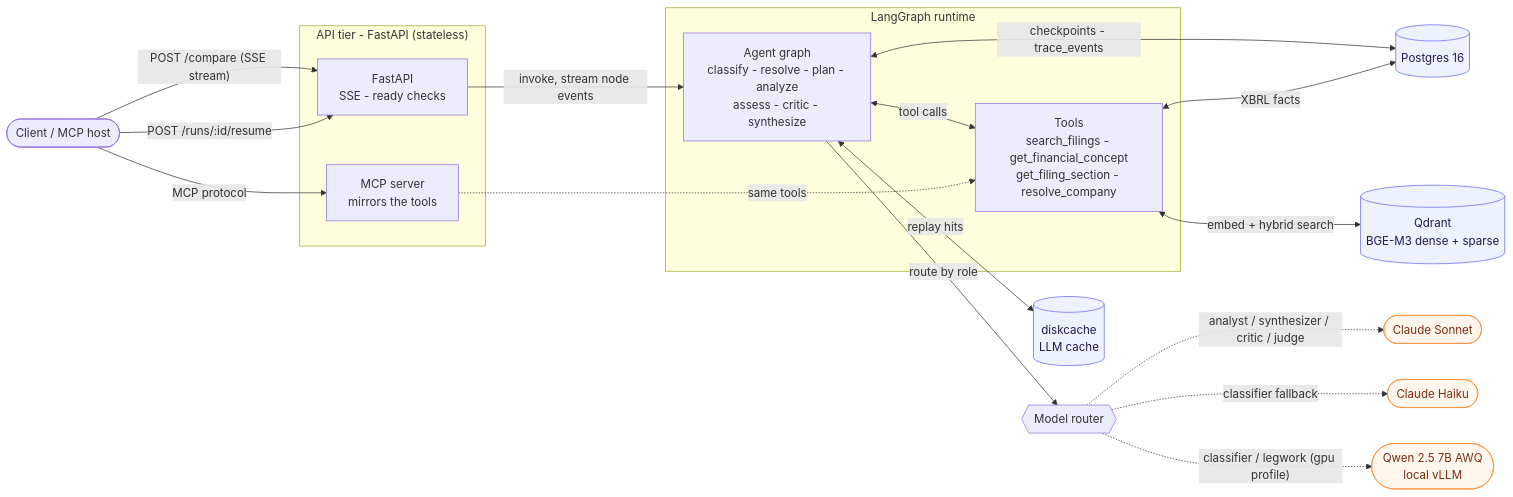
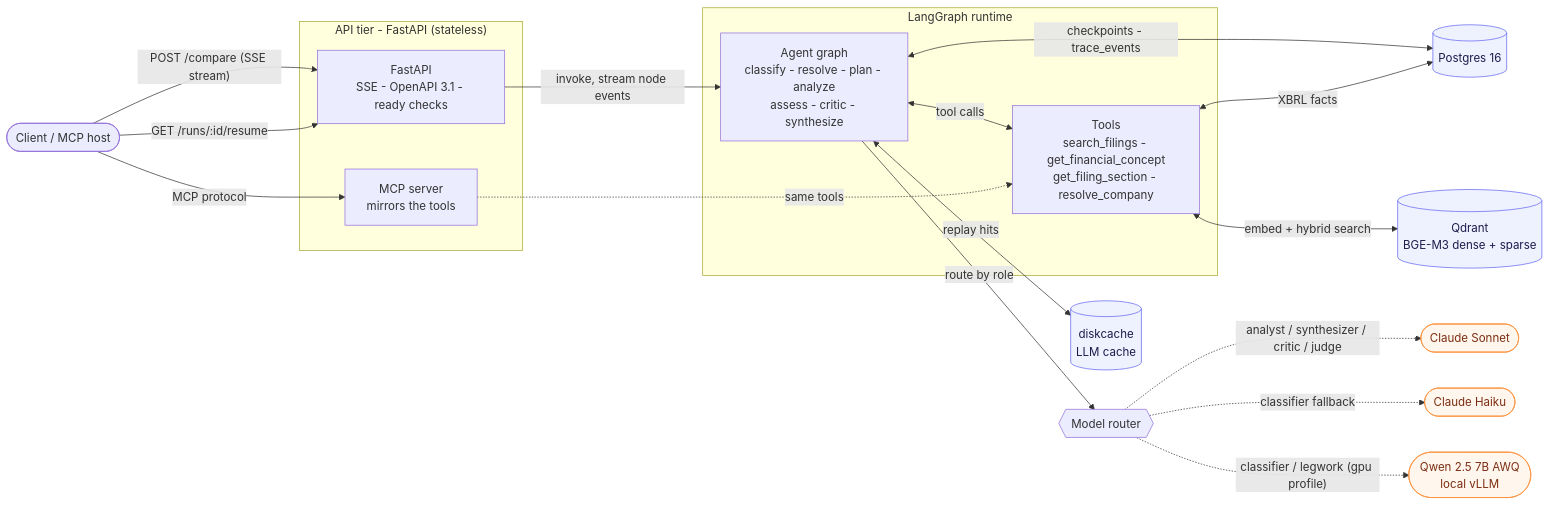
One commit to danielhansenjones/Quorum changed the first of 2 diagrams in README.md. Above: the diagram before and after it, drawn with Mermaid. The commit also changed other lines of this file and 1 other file, not shown here.

````diff
--- a/README.md
+++ b/README.md
@@ -60,36 +60,36 @@
 ```mermaid
 flowchart LR
     C(["Client / MCP host"])
     C -->|"POST /compare (SSE stream)"| API
-    C -->|"POST /runs/:id/resume"| API
+    C -->|"GET /runs/:id/resume"| API
     C -->|"MCP protocol"| MCP
 
     subgraph api_tier["API tier - FastAPI (stateless)"]
-        API["FastAPI<br/>SSE - ready checks"]
+        API["FastAPI<br/>SSE - OpenAPI 3.1 - ready checks"]
         MCP["MCP server<br/>mirrors the tools"]
     end
 
     API -->|"invoke, stream node events"| GRAPH
 
     subgraph runtime["LangGraph runtime"]
         GRAPH["Agent graph<br/>classify - resolve - plan - analyze<br/>assess - critic - synthesize"]
         TOOLS["Tools<br/>search_filings - get_financial_concept<br/>get_filing_section - resolve_company"]
         GRAPH <-->|"tool calls"| TOOLS
     end
     MCP -.->|"same tools"| TOOLS
 
     GRAPH -->|"route by role"| ROUTER{{"Model router"}}
     ROUTER -.->|"analyst / synthesizer / critic / judge"| ANTH(["Claude Sonnet"])
     ROUTER -.->|"classifier fallback"| HAIKU(["Claude Haiku"])
     ROUTER -.->|"classifier / legwork (gpu profile)"| VLLM(["Qwen 2.5 7B AWQ<br/>local vLLM"])
 
     GRAPH <-->|"checkpoints - trace_events"| PG[("Postgres 16")]
     TOOLS <-->|"XBRL facts"| PG
     TOOLS <-->|"embed + hybrid search"| QD[("Qdrant<br/>BGE-M3 dense + sparse")]
     GRAPH <-->|"replay hits"| CACHE[("diskcache<br/>LLM cache")]
 
     classDef store fill:#eef2ff,stroke:#6366f1,color:#1e1b4b;
     classDef ext fill:#fff7ed,stroke:#fb923c,color:#7c2d12;
     class QD,PG,CACHE store;
     class ANTH,HAIKU,VLLM ext;
 ```
````
